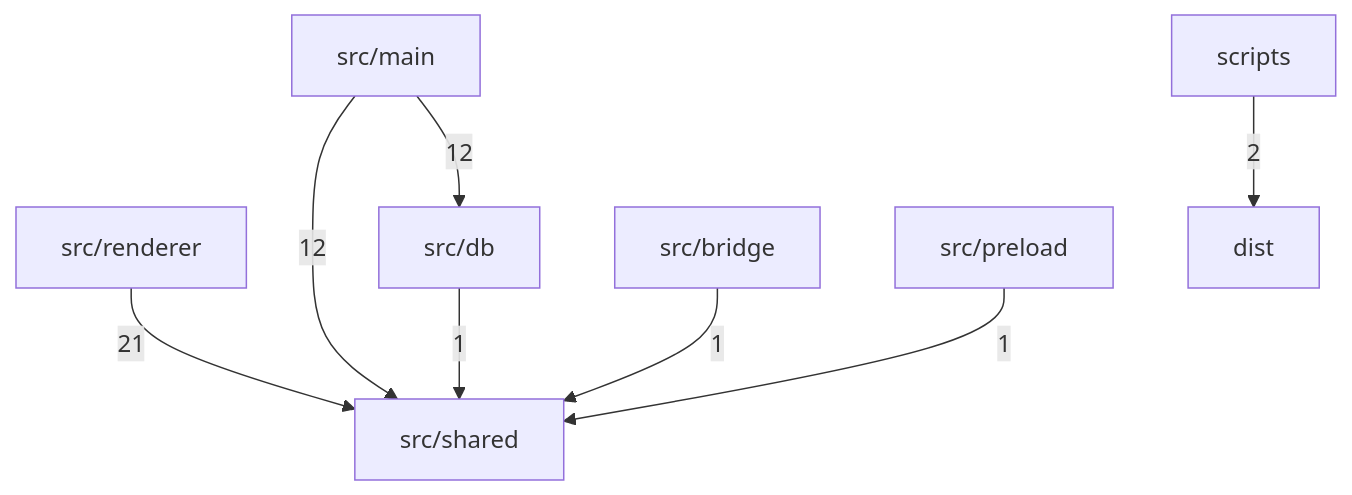
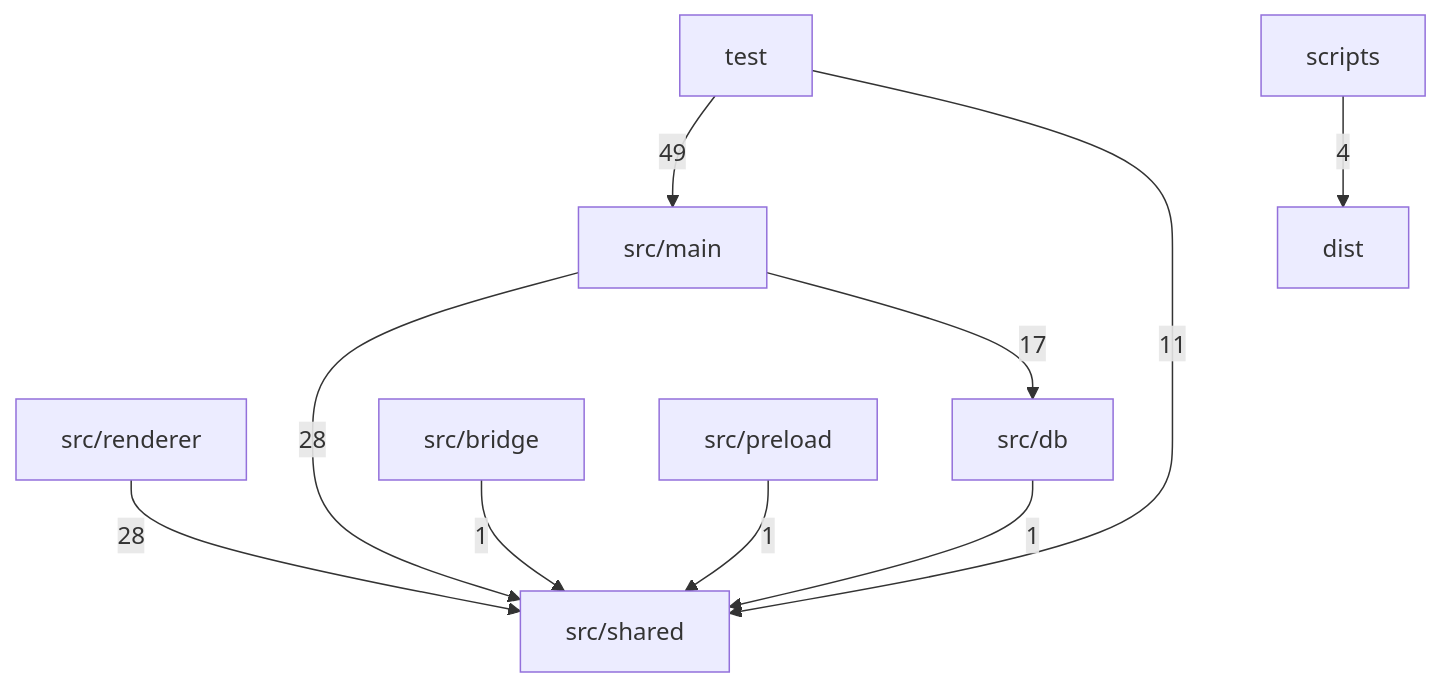
One commit to Sheshiyer/plexus-ts changed the diagram in docs/architecture/DEPENDENCY-GRAPH.md. Above: the diagram before and after it, drawn with Mermaid. The commit also changed other lines of this file and 113 other files, not shown here.

````diff
--- a/docs/architecture/DEPENDENCY-GRAPH.md
+++ b/docs/architecture/DEPENDENCY-GRAPH.md
@@ -8,10 +8,12 @@
 ```mermaid
 graph TD
-  src_renderer["src/renderer"] -->|21| src_shared["src/shared"]
-  src_main["src/main"] -->|12| src_shared["src/shared"]
-  src_main["src/main"] -->|12| src_db["src/db"]
-  scripts["scripts"] -->|2| dist["dist"]
+  test["test"] -->|49| src_main["src/main"]
+  src_main["src/main"] -->|28| src_shared["src/shared"]
+  src_renderer["src/renderer"] -->|28| src_shared["src/shared"]
+  src_main["src/main"] -->|17| src_db["src/db"]
+  test["test"] -->|11| src_shared["src/shared"]
+  scripts["scripts"] -->|4| dist["dist"]
   src_bridge["src/bridge"] -->|1| src_shared["src/shared"]
   src_db["src/db"] -->|1| src_shared["src/shared"]
   src_preload["src/preload"] -->|1| src_shared["src/shared"]
 ```
````
